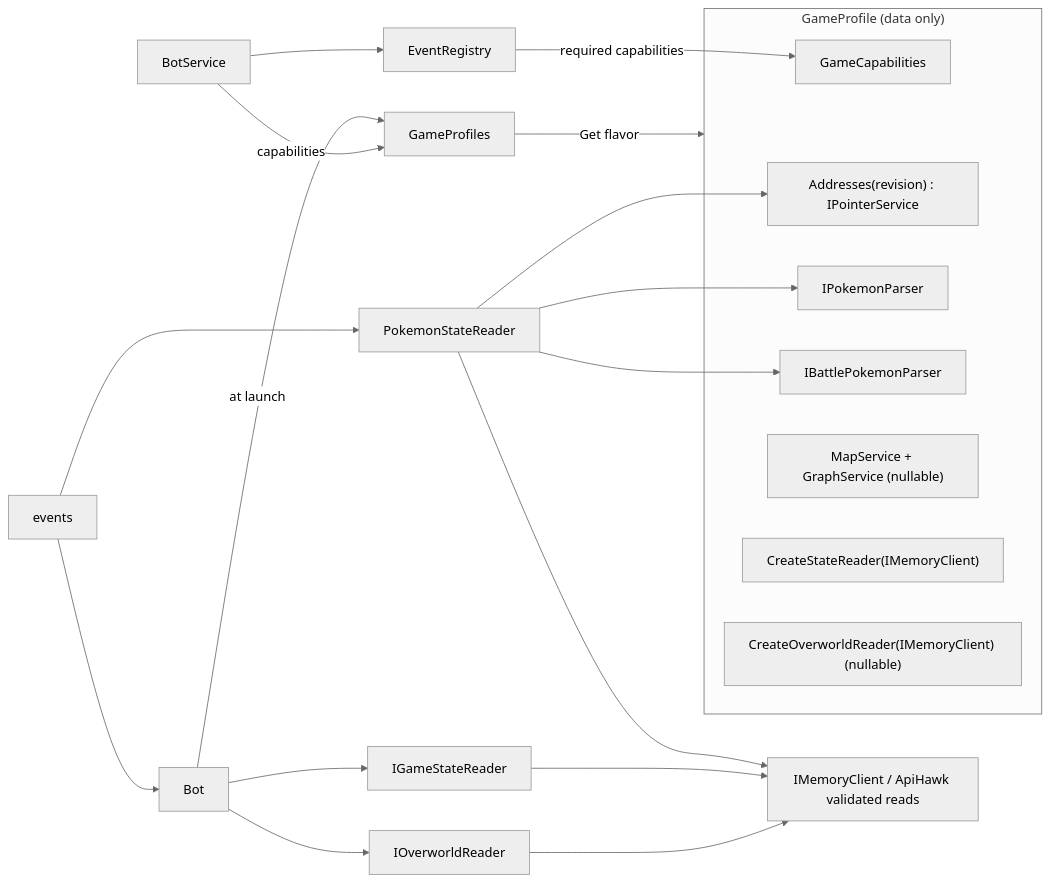
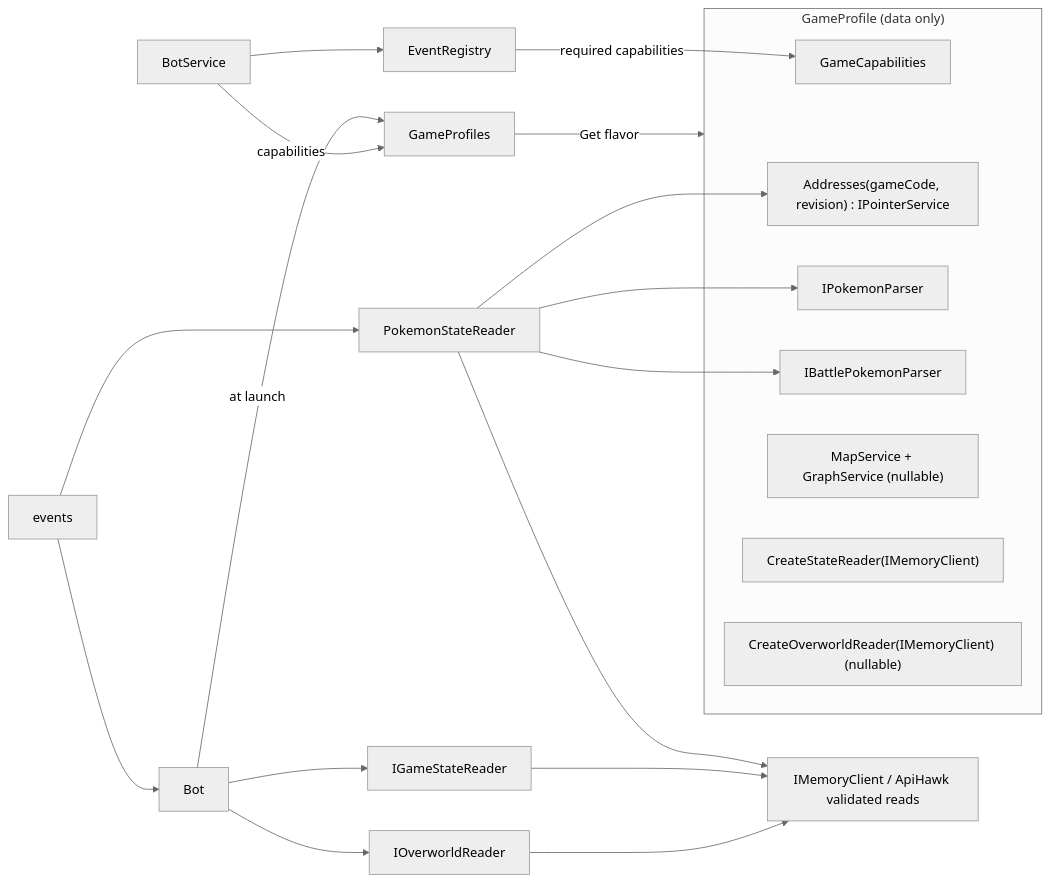
The diagram in docs/specs/game-profile.md (ppicinic/ShinyBotHunter), drawn with Mermaid (neutral theme) before and after one commit. The commit also changed other lines of this file and 2 other files, not shown here.

First line of the commit message:
Review fixes: game-profile spec signature, length sources, trainer opponent observed

````diff
--- a/docs/specs/game-profile.md
+++ b/docs/specs/game-profile.md
@@ -56,27 +56,27 @@
 ```mermaid
 flowchart LR
   subgraph Profile["GameProfile (data only)"]
     CAP[GameCapabilities]
-    ADDR["Addresses(revision) : IPointerService"]
+    ADDR["Addresses(gameCode, revision) : IPointerService"]
     PARSE[IPokemonParser]
     BPARSE[IBattlePokemonParser]
     MAPS["MapService + GraphService (nullable)"]
     SRF["CreateStateReader(IMemoryClient)"]
     ORF["CreateOverworldReader(IMemoryClient) (nullable)"]
   end
   REG[GameProfiles] -->|Get flavor| Profile
   BOT[Bot] -->|at launch| REG
   BOT --> SR[IGameStateReader]
   BOT --> OR[IOverworldReader]
   EV[events] --> BOT
   EV --> PSR[PokemonStateReader]
   PSR --> ADDR
   PSR --> PARSE
   PSR --> BPARSE
   PSR --> MC[IMemoryClient / ApiHawk validated reads]
   SR --> MC
   OR --> MC
   BS[BotService] -->|capabilities| REG
   BS --> ER[EventRegistry]
   ER -->|required capabilities| CAP
 ```
````
